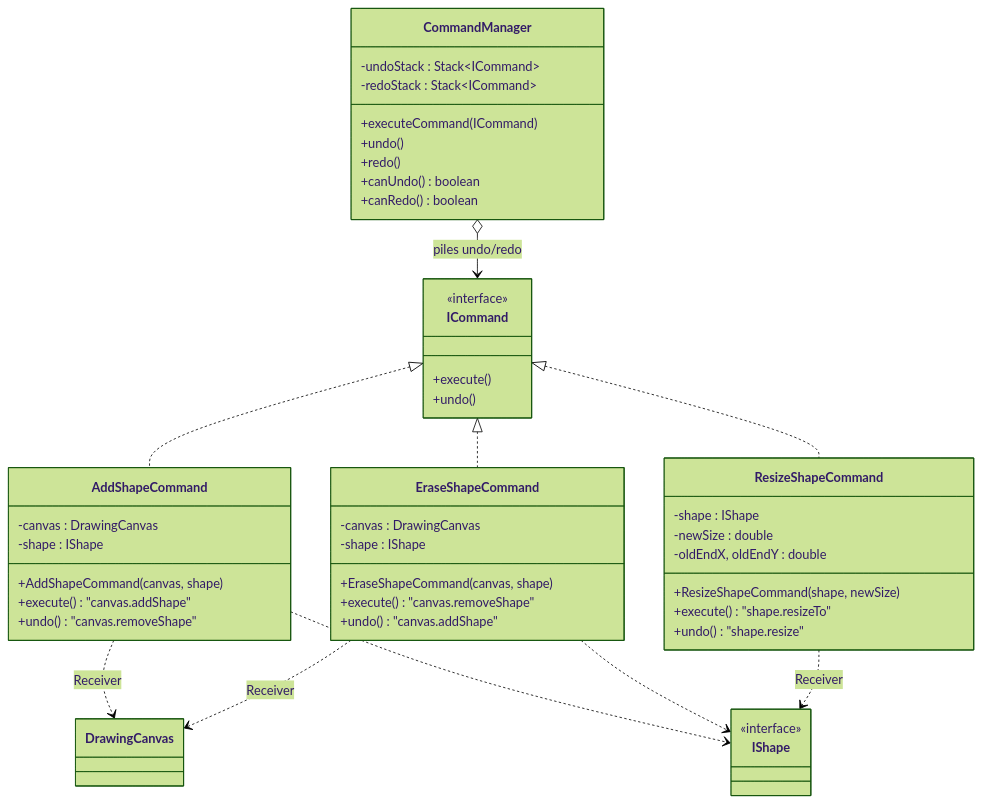
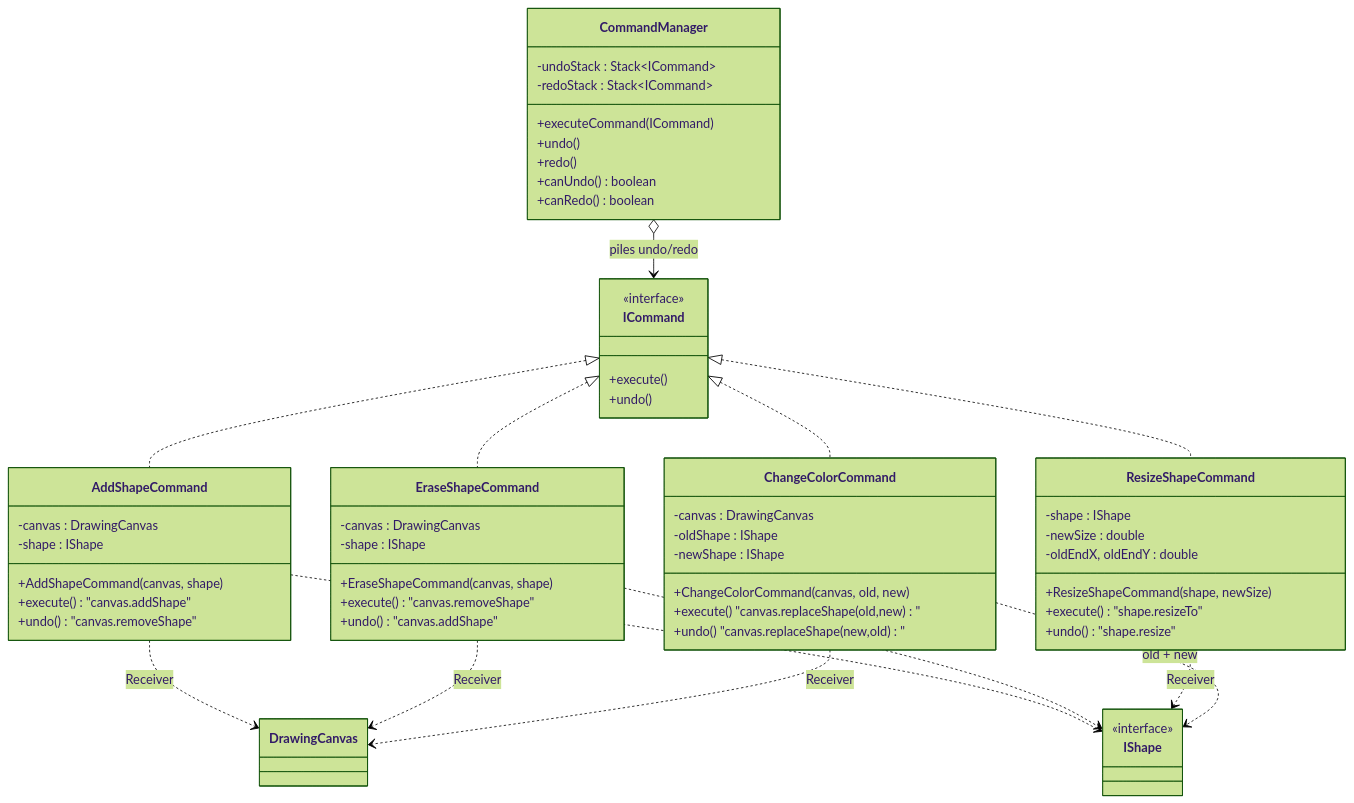
Before and after one commit to yosrtaktak/DesignDraw: the fifth of 10 diagrams in CLASS_DIAGRAM.md, drawn with Mermaid (forest theme). The commit also changed other lines of this file and 8 other files, not shown here.

````diff
--- a/CLASS_DIAGRAM.md
+++ b/CLASS_DIAGRAM.md
@@ -321,59 +324,71 @@
 ```mermaid
 classDiagram
     direction TB
 
     class ICommand {
         <<interface>>
         +execute()
         +undo()
     }
 
     class CommandManager {
         -undoStack : Stack~ICommand~
         -redoStack : Stack~ICommand~
         +executeCommand(ICommand)
         +undo()
         +redo()
         +canUndo() boolean
         +canRedo() boolean
     }
 
     class AddShapeCommand {
         -canvas : DrawingCanvas
         -shape : IShape
         +AddShapeCommand(canvas, shape)
         +execute() "canvas.addShape"
         +undo() "canvas.removeShape"
     }
 
     class EraseShapeCommand {
         -canvas : DrawingCanvas
         -shape : IShape
         +EraseShapeCommand(canvas, shape)
         +execute() "canvas.removeShape"
         +undo() "canvas.addShape"
     }
 
     class ResizeShapeCommand {
         -shape : IShape
         -newSize : double
         -oldEndX, oldEndY : double
         +ResizeShapeCommand(shape, newSize)
         +execute() "shape.resizeTo"
         +undo() "shape.resize"
     }
 
+    class ChangeColorCommand {
+        -canvas : DrawingCanvas
+        -oldShape : IShape
+        -newShape : IShape
+        +ChangeColorCommand(canvas, old, new)
+        +execute() "canvas.replaceShape(old,new)"
+        +undo() "canvas.replaceShape(new,old)"
+    }
+
     class DrawingCanvas
     class IShape { <<interface>> }
 
     ICommand <|.. AddShapeCommand
     ICommand <|.. EraseShapeCommand
     ICommand <|.. ResizeShapeCommand
+    ICommand <|.. ChangeColorCommand
     CommandManager o--> ICommand : piles undo/redo
 
     AddShapeCommand ..> DrawingCanvas : Receiver
     EraseShapeCommand ..> DrawingCanvas : Receiver
     AddShapeCommand ..> IShape
     EraseShapeCommand ..> IShape
     ResizeShapeCommand ..> IShape : Receiver
+    ChangeColorCommand ..> DrawingCanvas : Receiver
+    ChangeColorCommand ..> IShape : old + new
 ```
````
